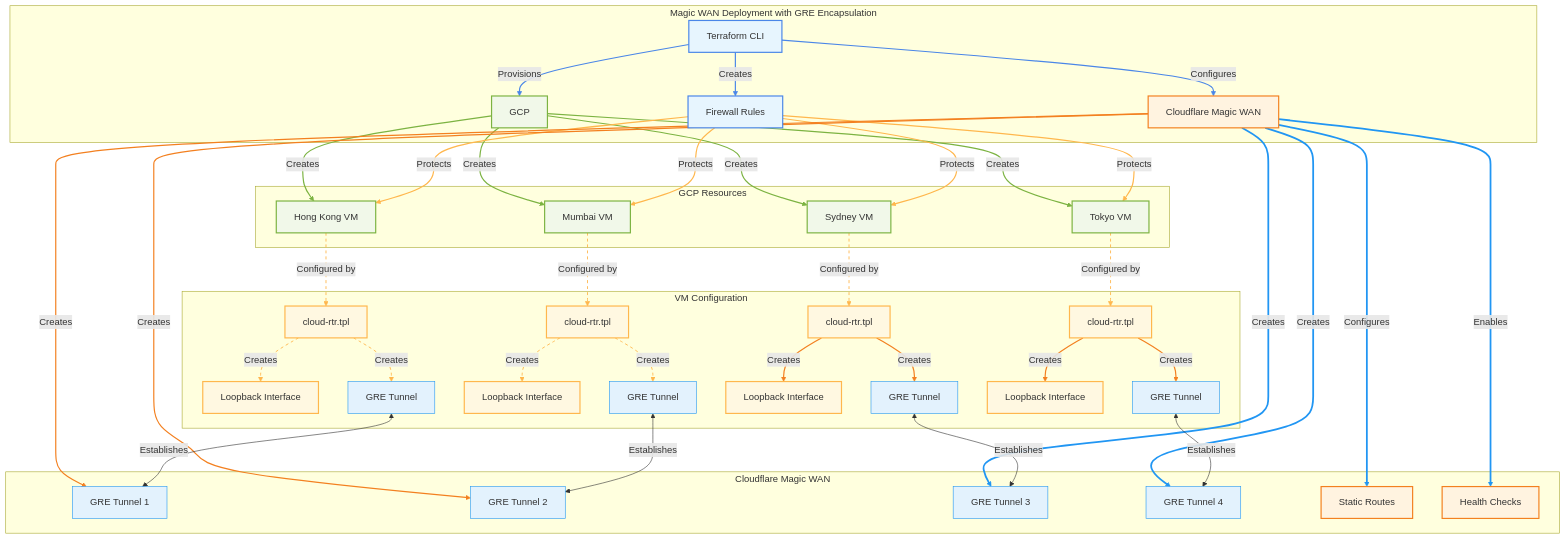
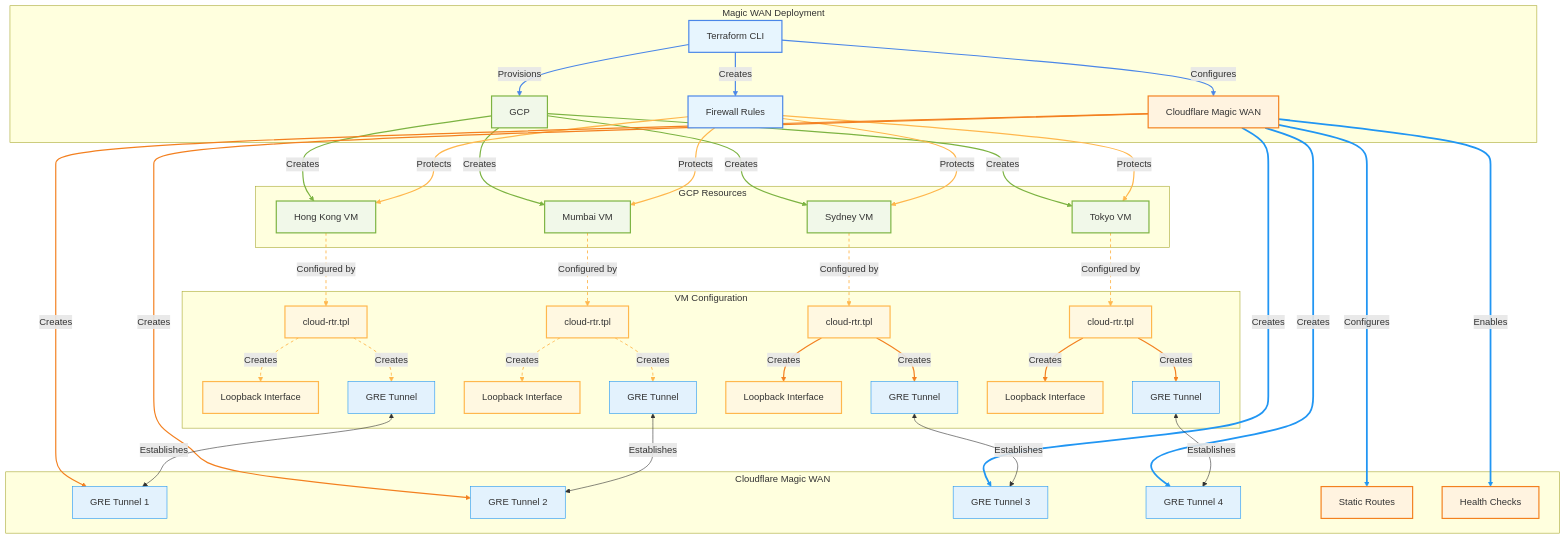
The second of 2 diagrams in cloudflare_one/magic-wan-gre/Readme.md (tonysangha/cloudflare-demos), drawn with Mermaid before and after one commit.

Commit message:
2025-02-28-diagrams

````diff
--- a/cloudflare_one/magic-wan-gre/Readme.md
+++ b/cloudflare_one/magic-wan-gre/Readme.md
@@ -118,6 +118,6 @@
 ```mermaid
 graph TD
-    subgraph "Magic WAN Deployment with GRE Encapsulation"
+    subgraph "Magic WAN Deployment"
         TF[Terraform CLI] -->|Provisions| GCP
         TF -->|Configures| CF[Cloudflare Magic WAN]
         TF -->|Creates| FW[Firewall Rules]
````
